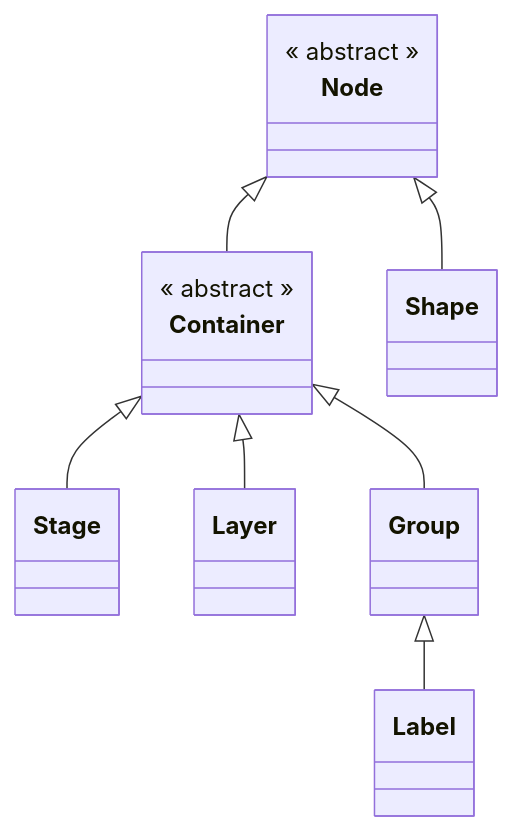
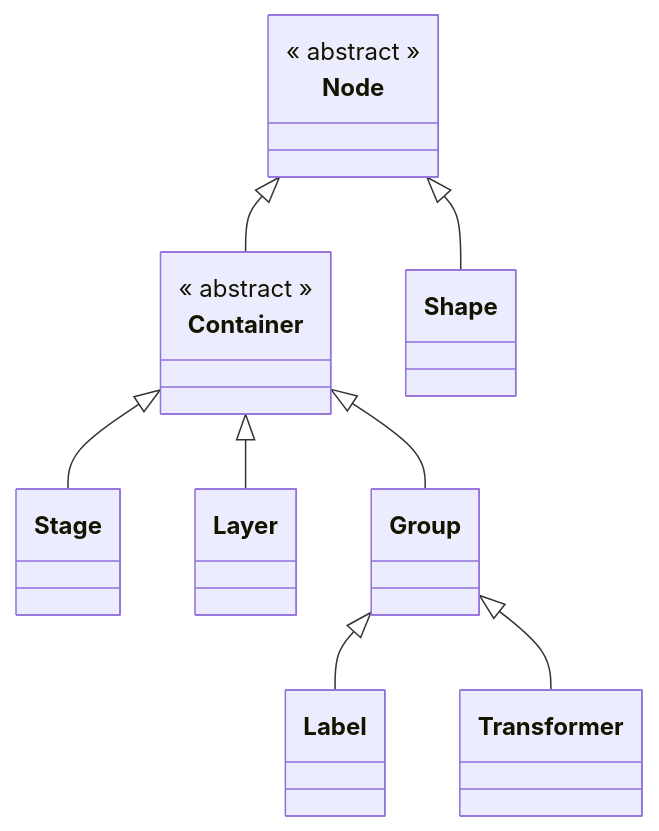
Before and after one commit to foolishflyfox/konva-docs-zh: the diagram in docs/analysis/inheritance-diagram.md, drawn with Mermaid. The commit also changed 6 other files, not shown here.

Commit message:
feat: 更新类继承关系图

````diff
--- a/docs/analysis/inheritance-diagram.md
+++ b/docs/analysis/inheritance-diagram.md
@@ -3,41 +3,46 @@
 ```mermaid
 classDiagram
 
 class Node {
     << abstract >>
 }
 link Node "../api/node"
 
 class Container {
     << abstract >>
 }
 link Container "../api/container"
 
 class Stage {
 }
 link Stage "../api/stage"
 
 class Layer {
 }
 link Layer "../api/layer"
 
 class Group {
 }
 link Group "../api/group"
 
 class Label {
 }
 link Label "../api/label"
 
+class Transformer {
+}
+link Transformer "../api/transformer"
+
 class Shape {
 }
 link Shape "../api/shape"
 
 
 Node <|-- Container
 Node <|-- Shape
 Container <|-- Stage
 Container <|-- Layer
 Container <|-- Group
 Group <|-- Label
+Group <|-- Transformer
 ```
````
